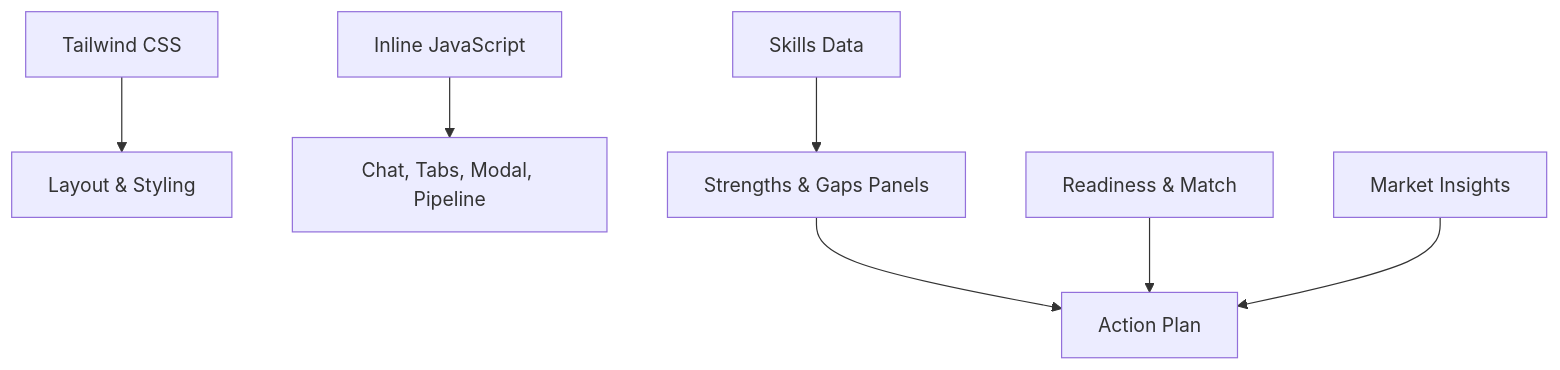
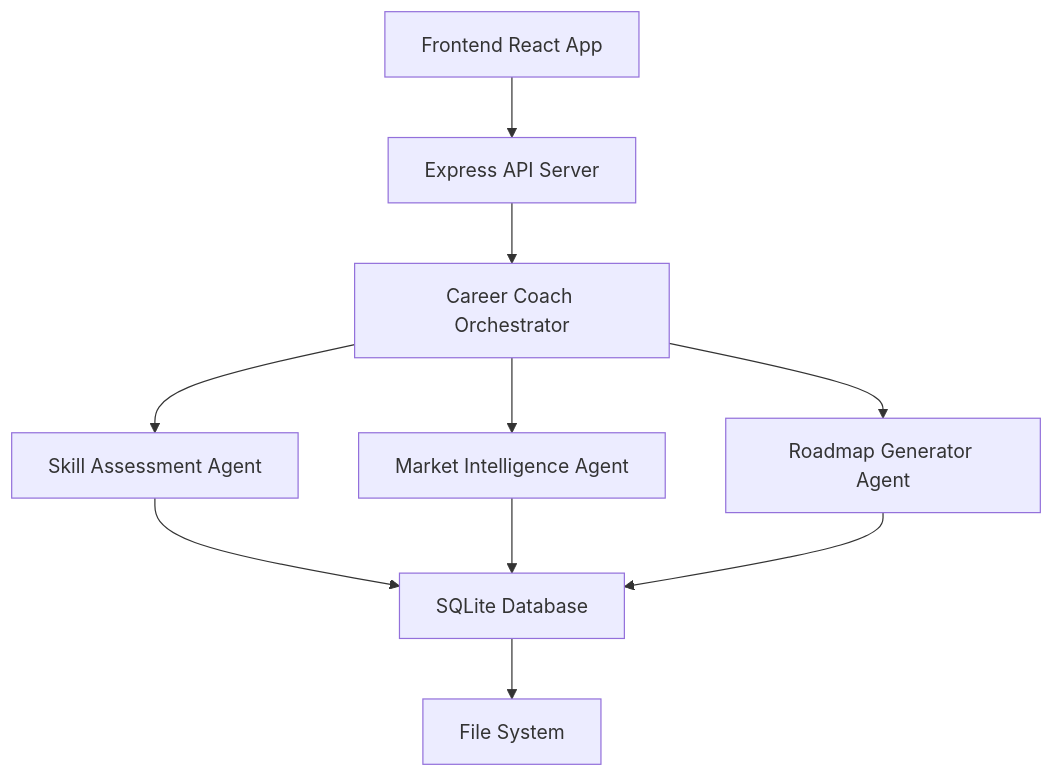
The fourth of 4 diagrams in .qoder/repowiki/en/content/Core Features/Skills Analysis Dashboard.md (Alishba-Moin/CareerCompass), drawn with Mermaid before and after one commit. The commit also changed other lines of this file and 38 other files, not shown here.

Commit message:
Add Roadmap pdf download option

````diff
--- a/.qoder/repowiki/en/content/Core Features/Skills Analysis Dashboard.md
+++ b/.qoder/repowiki/en/content/Core Features/Skills Analysis Dashboard.md
@@ -242,9 +254,12 @@
 ```mermaid
 graph TB
-CSS["Tailwind CSS"] --> Layout["Layout & Styling"]
-JS["Inline JavaScript"] --> Interact["Chat, Tabs, Modal, Pipeline"]
-Data["Skills Data"] --> Panels["Strengths & Gaps Panels"]
-Panels --> Plan["Action Plan"]
-Metrics["Readiness & Match"] --> Plan
-Market["Market Insights"] --> Plan
+A["Frontend React App"] --> B["Express API Server"]
+B --> C["Career Coach Orchestrator"]
+C --> D["Skill Assessment Agent"]
+C --> E["Market Intelligence Agent"]
+C --> F["Roadmap Generator Agent"]
+D --> G["SQLite Database"]
+E --> G
+F --> G
+G --> H["File System"]
 ```
````
